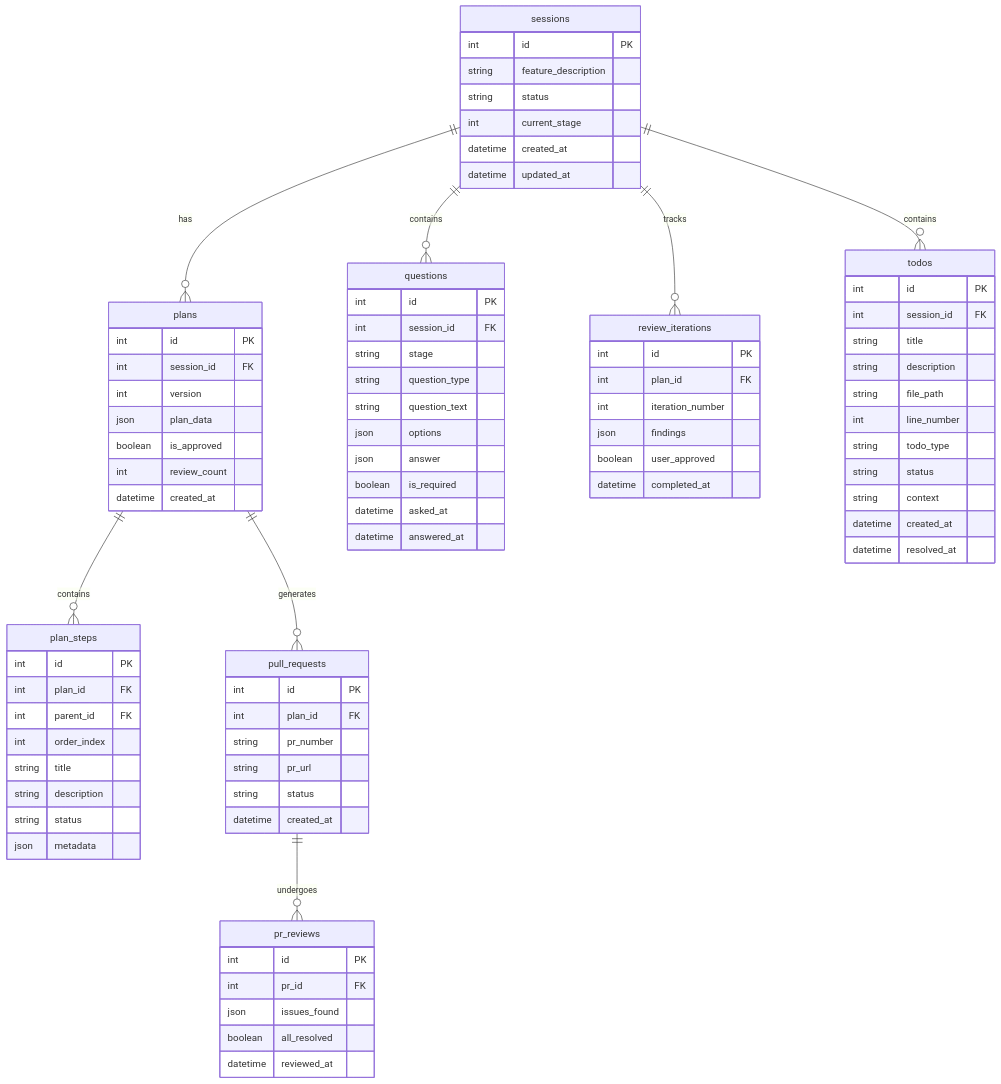
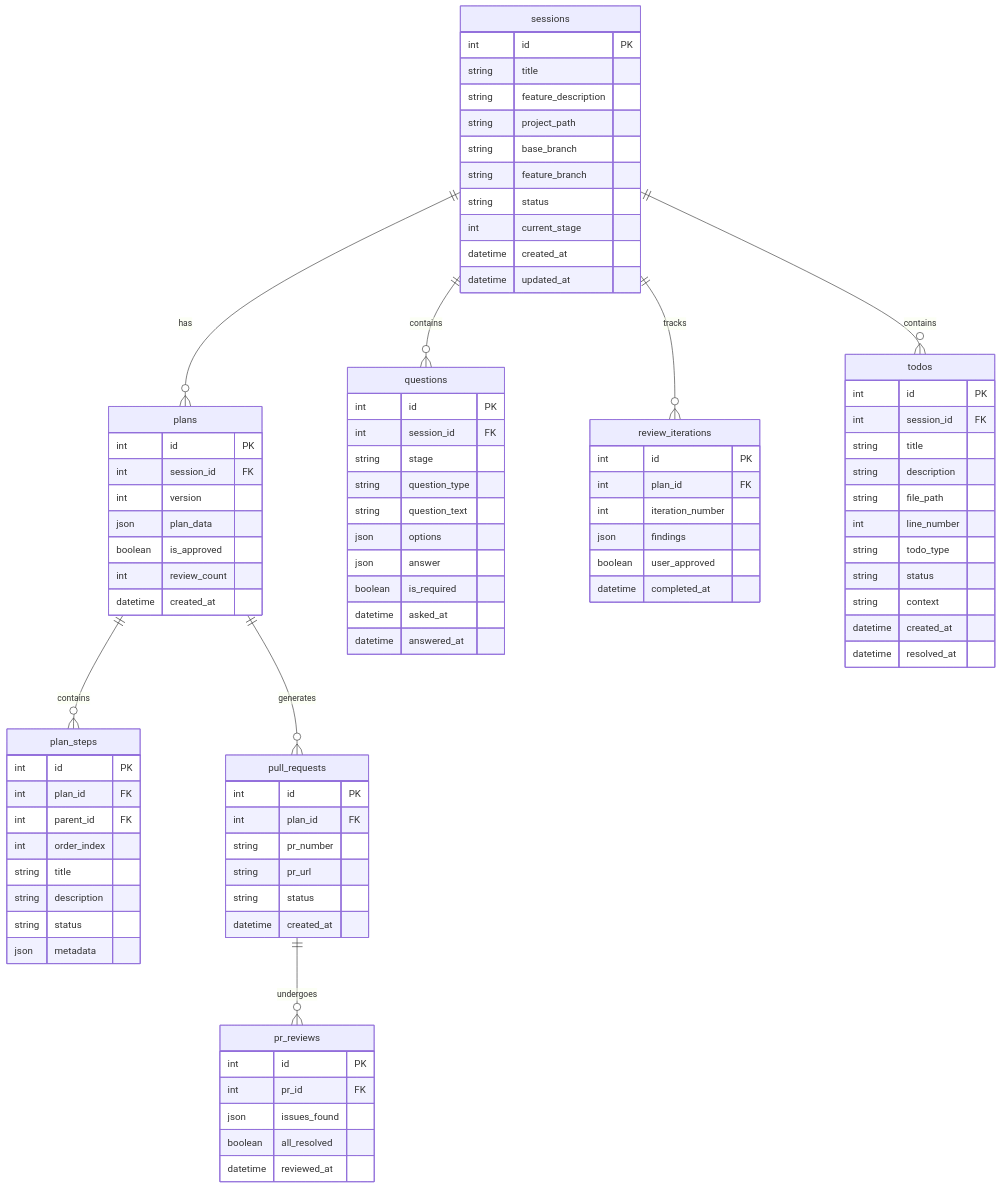
One commit to clrke/claude-web changed the eighth of 13 diagrams in README.md. Above: the diagram before and after it, drawn with Mermaid. The commit also changed other lines of this file, not shown here.

```diff
--- a/README.md
+++ b/README.md
@@ -270,7 +325,11 @@
 
     sessions {
         int id PK
+        string title
         string feature_description
+        string project_path
+        string base_branch
+        string feature_branch
         string status
         int current_stage
         datetime created_at
```
